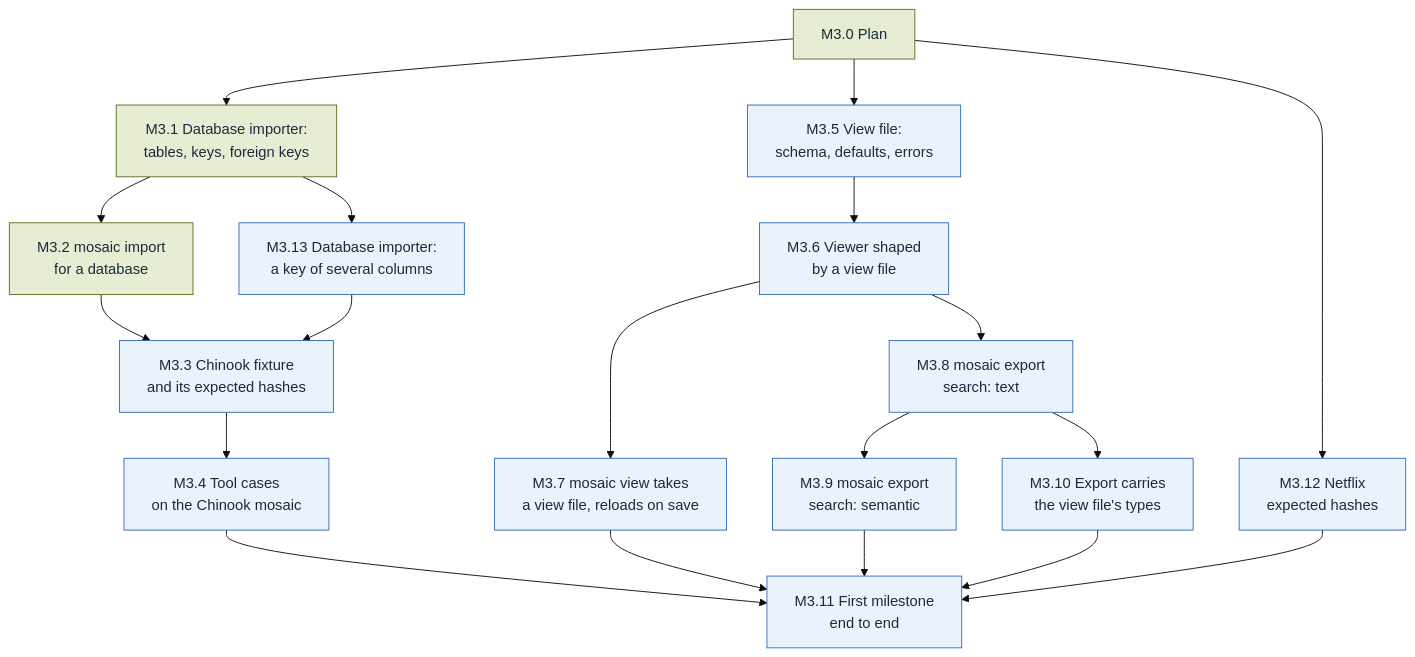
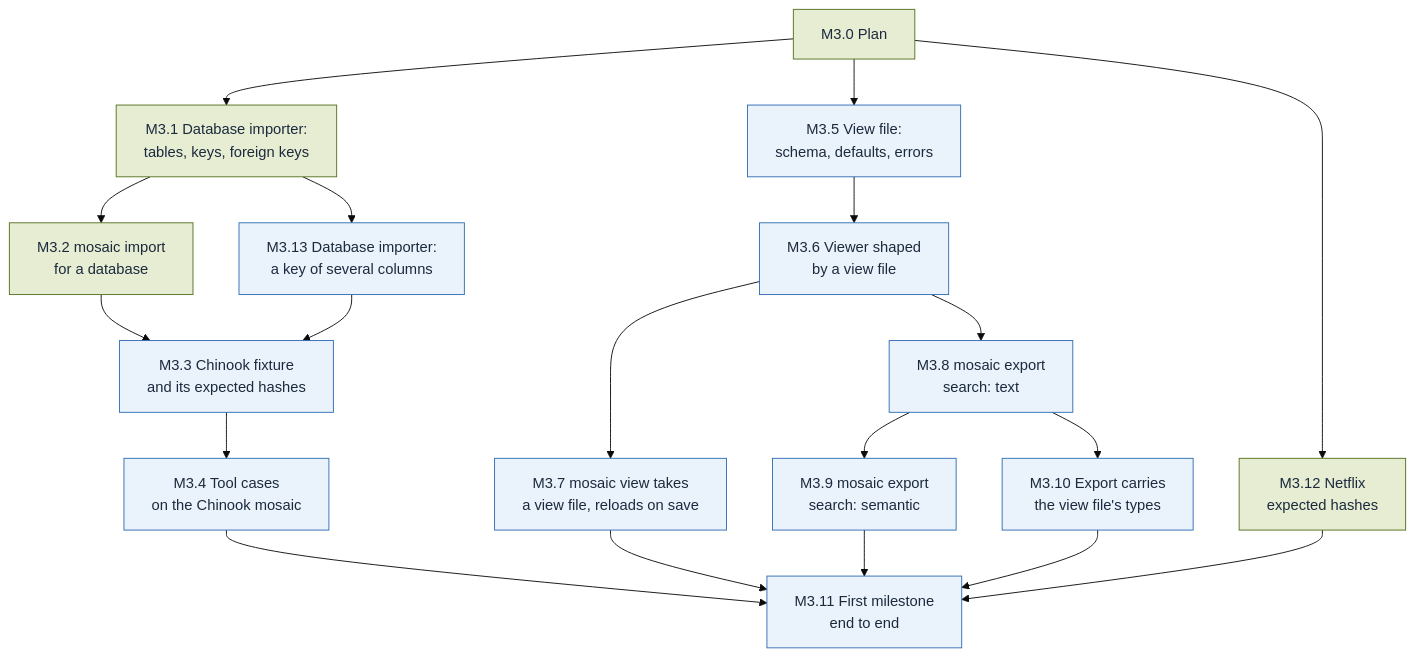
The diagram in plan/M3.md (alcjor/Mosaic), drawn with Mermaid (base theme) before and after one commit. The commit also changed other lines of this file and 5 other files, not shown here.

````diff
--- a/plan/M3.md
+++ b/plan/M3.md
@@ -3,40 +3,40 @@
 ```mermaid
 flowchart TD
   M3_0["M3.0 Plan"]
   M3_1["M3.1 Database importer:<br/>tables, keys, foreign keys"]
   M3_2["M3.2 mosaic import<br/>for a database"]
   M3_3["M3.3 Chinook fixture<br/>and its expected hashes"]
   M3_4["M3.4 Tool cases<br/>on the Chinook mosaic"]
   M3_5["M3.5 View file:<br/>schema, defaults, errors"]
   M3_6["M3.6 Viewer shaped<br/>by a view file"]
   M3_7["M3.7 mosaic view takes<br/>a view file, reloads on save"]
   M3_8["M3.8 mosaic export<br/>search: text"]
   M3_9["M3.9 mosaic export<br/>search: semantic"]
   M3_10["M3.10 Export carries<br/>the view file's types"]
   M3_11["M3.11 First milestone<br/>end to end"]
   M3_12["M3.12 Netflix<br/>expected hashes"]
   M3_13["M3.13 Database importer:<br/>a key of several columns"]
   M3_0 --> M3_1
   M3_1 --> M3_2
   M3_2 --> M3_3
   M3_3 --> M3_4
   M3_0 --> M3_5
   M3_5 --> M3_6
   M3_6 --> M3_7
   M3_6 --> M3_8
   M3_8 --> M3_9
   M3_8 --> M3_10
   M3_4 --> M3_11
   M3_7 --> M3_11
   M3_9 --> M3_11
   M3_10 --> M3_11
   M3_0 --> M3_12
   M3_12 --> M3_11
   M3_1 --> M3_13
   M3_13 --> M3_3
   classDef done fill:#E6EDD3,stroke:#55701F,color:#1B2A3D
   classDef todo fill:#EAF2FB,stroke:#2F6DB5,color:#1B2A3D
   classDef parked fill:#FCEFCF,stroke:#F2B630,color:#1B2A3D
-  class M3_0,M3_1,M3_2 done
-  class M3_3,M3_4,M3_5,M3_6,M3_7,M3_8,M3_9,M3_10,M3_11,M3_12,M3_13 todo
+  class M3_0,M3_1,M3_2,M3_12 done
+  class M3_3,M3_4,M3_5,M3_6,M3_7,M3_8,M3_9,M3_10,M3_11,M3_13 todo
 ```
````
